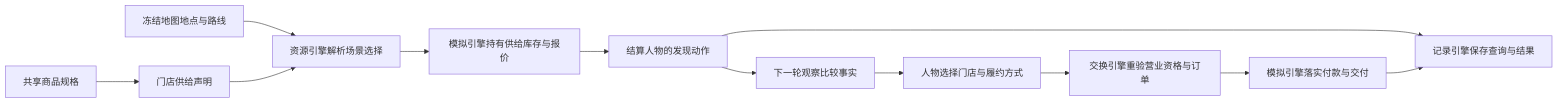
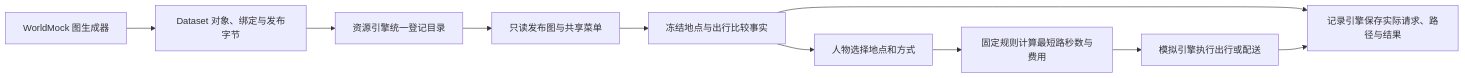
Before and after one commit to HoldThatThgt/WorldMock: the third of 9 diagrams in docs/design/01-architecture.md, drawn with Mermaid. The commit also changed other lines of this file and 79 other files, not shown here.

Commit message:
feat(life): derive travel and location evidence from the published graph

````diff
--- a/docs/design/01-architecture.md
+++ b/docs/design/01-architecture.md
@@ -177,13 +178,11 @@
 ```mermaid
 flowchart LR
-    MAP[冻结地图地点与路线] --> R[资源引擎解析场景选择]
-    GOODS[共享商品规格] --> SUPPLY[门店供给声明]
-    SUPPLY --> R
-    R --> S[模拟引擎持有供给库存与报价]
-    S --> Q[结算人物的发现动作]
-    Q --> O[下一轮观察比较事实]
-    O --> A[人物选择门店与履约方式]
-    A --> X[交换引擎重验营业资格与订单]
-    X --> SET[模拟引擎落实付款与交付]
-    Q & SET --> F[记录引擎保存查询与结果]
+    DATA[Dataset 对象、绑定与发布字节] --> R[资源引擎统一登记目录]
+    GEN[WorldMock 图生成器] --> DATA
+    R --> G[只读发布图与共享菜单]
+    G --> O[冻结地点与出行比较事实]
+    O --> A[人物选择地点和方式]
+    A --> X[固定规则计算最短路秒数与费用]
+    X --> S[模拟引擎执行出行或配送]
+    O & S --> F[记录引擎保存实际请求、路径与结果]
 ```
````
